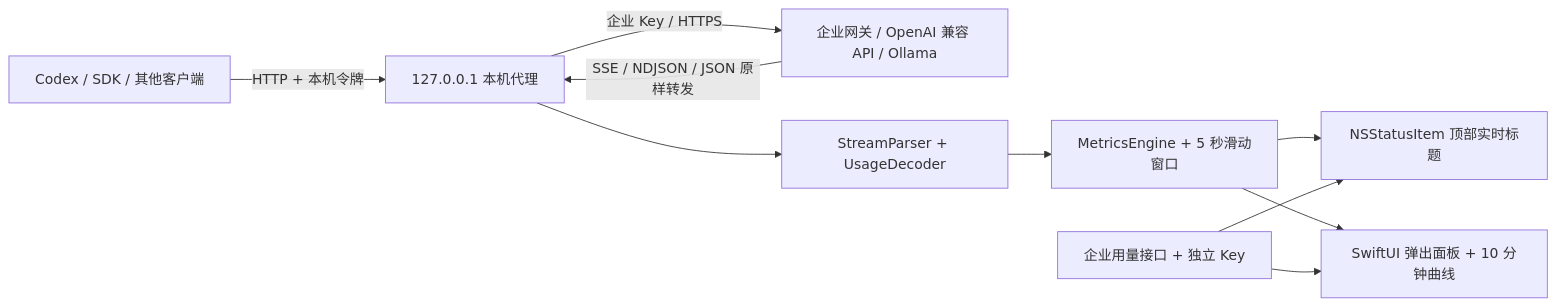
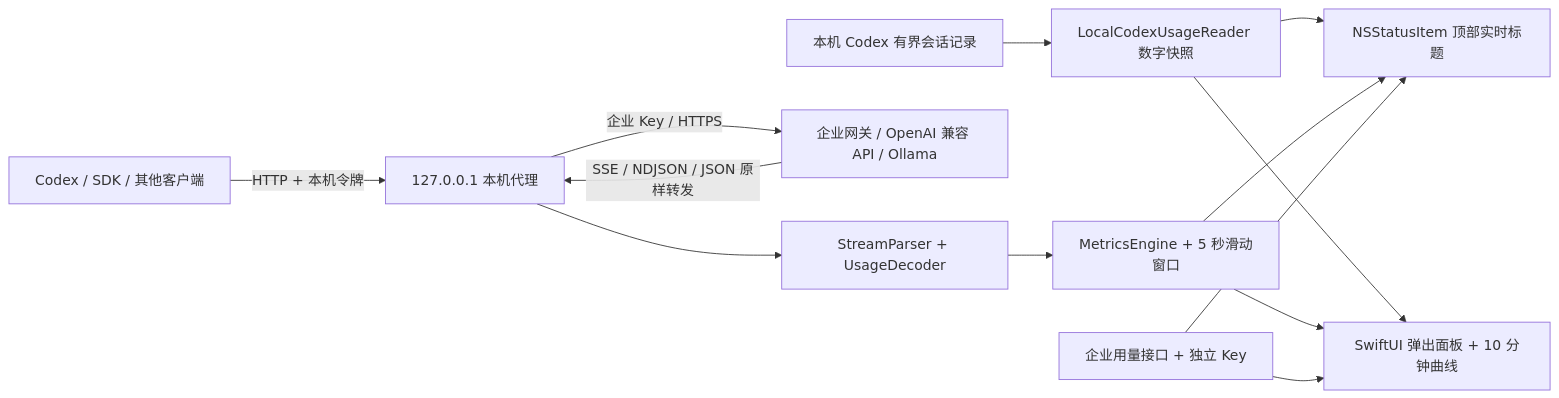
The diagram in README.md (Tupig/TokenStatMenu), drawn with Mermaid before and after one commit. The commit also changed other lines of this file and 32 other files, not shown here.

First line of the commit message:
Add local Codex usage source and native UI regression tests

````diff
--- a/README.md
+++ b/README.md
@@ -9,12 +11,15 @@
 ```mermaid
 flowchart LR
+    Local[本机 Codex 有界会话记录] --> Reader[LocalCodexUsageReader 数字快照]
+    Reader --> Menu
+    Reader --> Panel
     Client[Codex / SDK / 其他客户端] -->|HTTP + 本机令牌| Proxy[127.0.0.1 本机代理]
     Proxy -->|企业 Key / HTTPS| API[企业网关 / OpenAI 兼容 API / Ollama]
     API -->|SSE / NDJSON / JSON 原样转发| Proxy
     Proxy --> Parser[StreamParser + UsageDecoder]
     Parser --> Engine[MetricsEngine + 5 秒滑动窗口]
     Engine --> Menu[NSStatusItem 顶部实时标题]
     Engine --> Panel[SwiftUI 弹出面板 + 10 分钟曲线]
     Quota[企业用量接口 + 独立 Key] --> Panel
     Quota --> Menu
 ```
````
